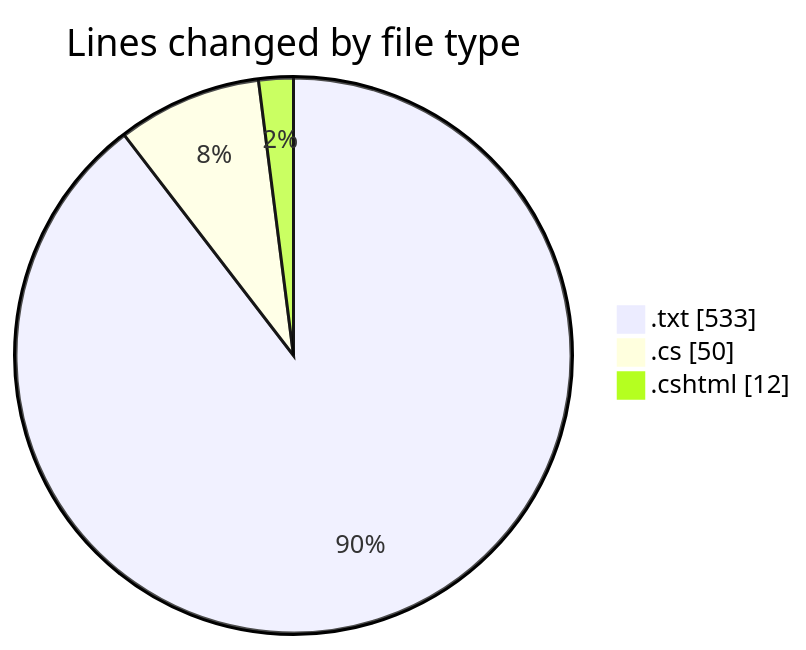
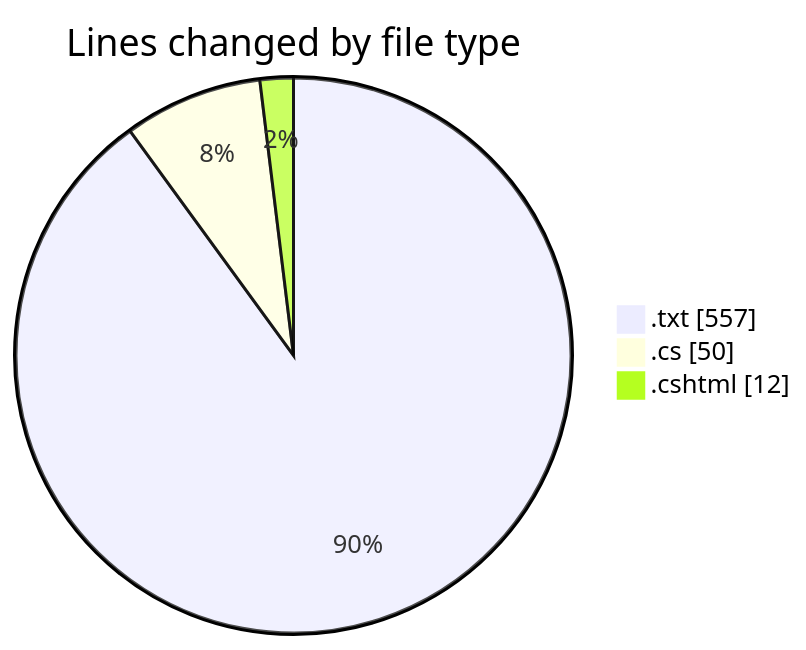
The first of 2 diagrams in 2025-07-26/quanlyrapchieuphim-1/README.md (lephambinh05/code-tracking), drawn with Mermaid before and after one commit. The commit also changed other lines of this file and 1 other file, not shown here.

````diff
--- a/2025-07-26/quanlyrapchieuphim-1/README.md
+++ b/2025-07-26/quanlyrapchieuphim-1/README.md
@@ -24,7 +24,7 @@
 ```mermaid
 pie showData
 title Lines changed by file type
-".txt" : 533
+".txt" : 557
 ".cs" : 50
 ".cshtml" : 12
 ```
````
